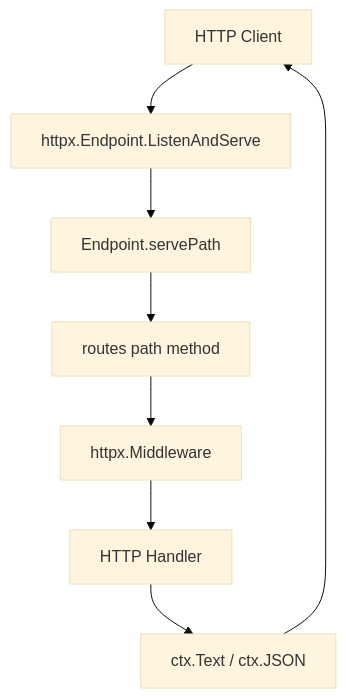
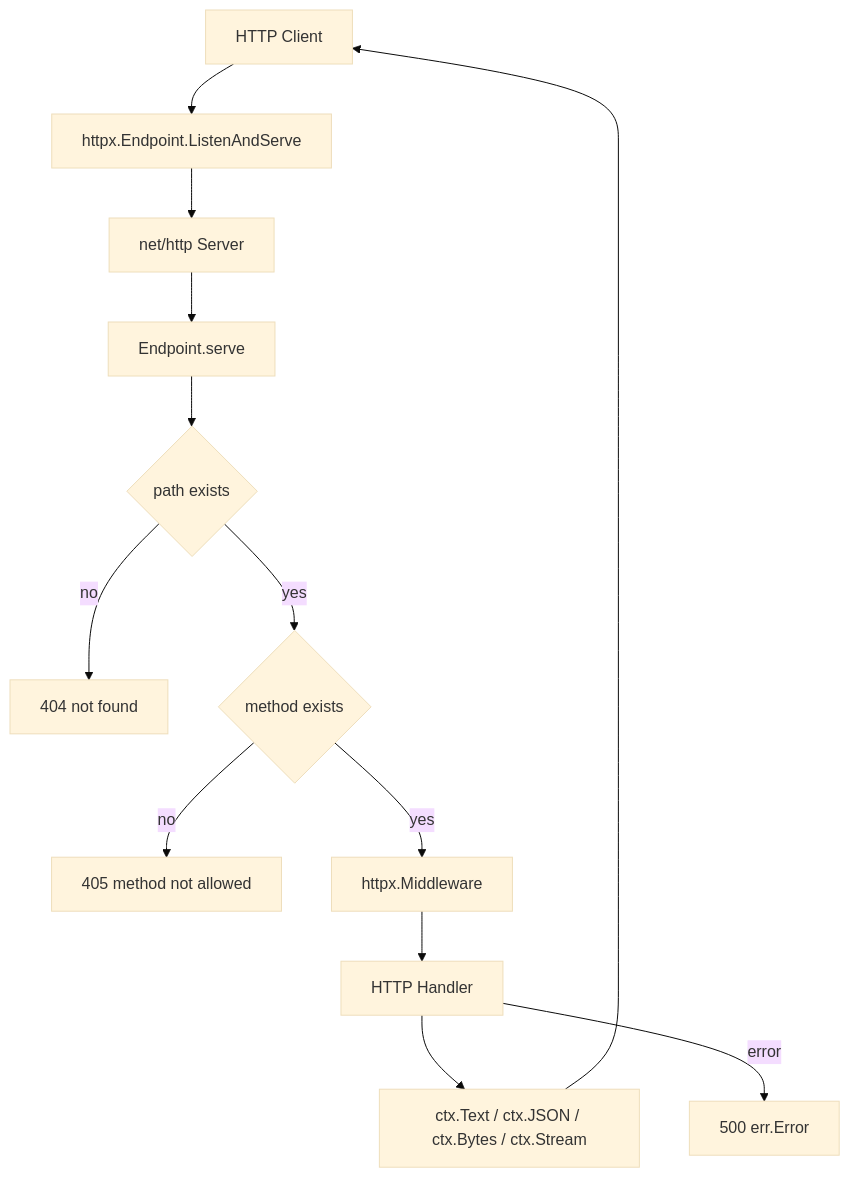
The fifth of 8 diagrams in docs/call-flow.md (saramand9/kpro), drawn with Mermaid (base theme) before and after one commit. The commit also changed other lines of this file and 27 other files, not shown here.

````diff
--- a/docs/call-flow.md
+++ b/docs/call-flow.md
@@ -133,10 +141,15 @@
 ```mermaid
 flowchart TD
     Client[HTTP Client] --> Listen[httpx.Endpoint.ListenAndServe]
-    Listen --> ServePath[Endpoint.servePath]
-    ServePath --> Route[routes path method]
-    Route --> Middleware[httpx.Middleware]
+    Listen --> NetHTTP[net/http Server]
+    NetHTTP --> Serve[Endpoint.serve]
+    Serve --> Path{path exists}
+    Path -->|no| NotFound[404 not found]
+    Path -->|yes| Method{method exists}
+    Method -->|no| MethodNotAllowed[405 method not allowed]
+    Method -->|yes| Middleware[httpx.Middleware]
     Middleware --> Handler[HTTP Handler]
-    Handler --> Response[ctx.Text / ctx.JSON]
+    Handler --> Response[ctx.Text / ctx.JSON / ctx.Bytes / ctx.Stream]
+    Handler -->|error| ServerError[500 err.Error]
     Response --> Client
 ```
````
